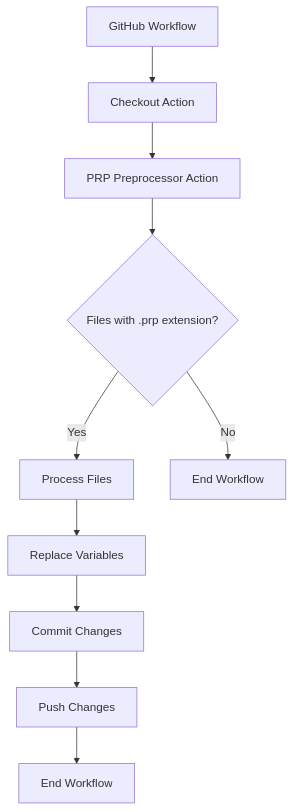
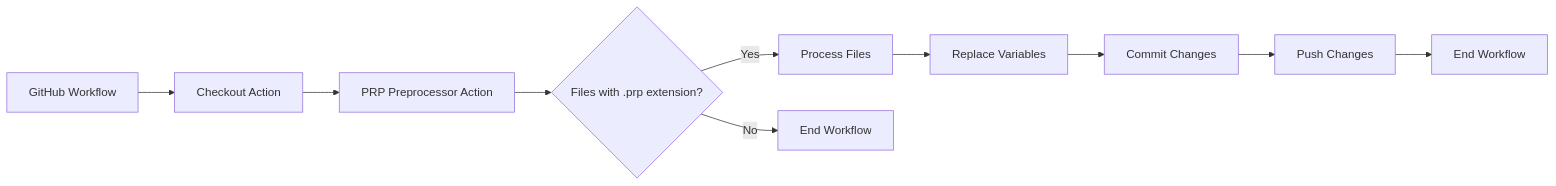
One commit to CIFriends/prp-preprocessor changed the diagram in README.prp.md. Above: the diagram before and after it, drawn with Mermaid.

Commit message:
fix: readme mermaid

````diff
--- a/README.prp.md
+++ b/README.prp.md
@@ -52,12 +52,12 @@
 ```mermaid
-graph TD
+graph LR
     A[GitHub Workflow] --> B[Checkout Action]
     B --> C[PRP Preprocessor Action]
     C --> D{Files with .prp extension?}
     D -->|Yes| E[Process Files]
     E --> F[Replace Variables]
     F --> G[Commit Changes]
     D -->|No| H[End Workflow]
     G --> I[Push Changes]
     I --> J[End Workflow]
 ```
````
